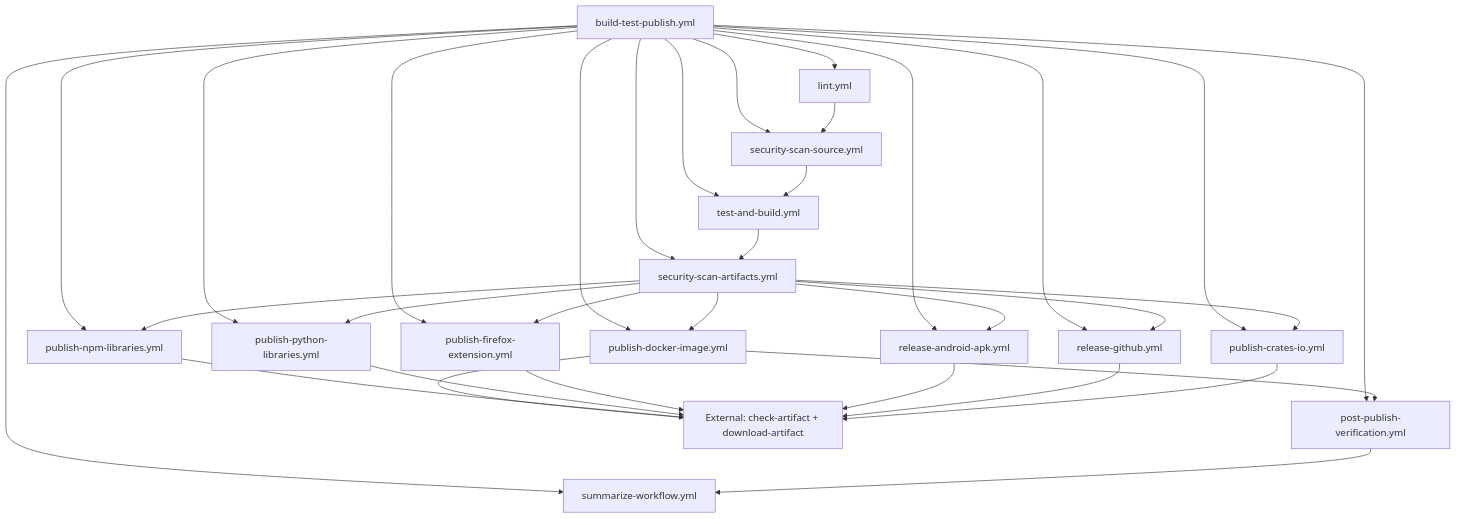
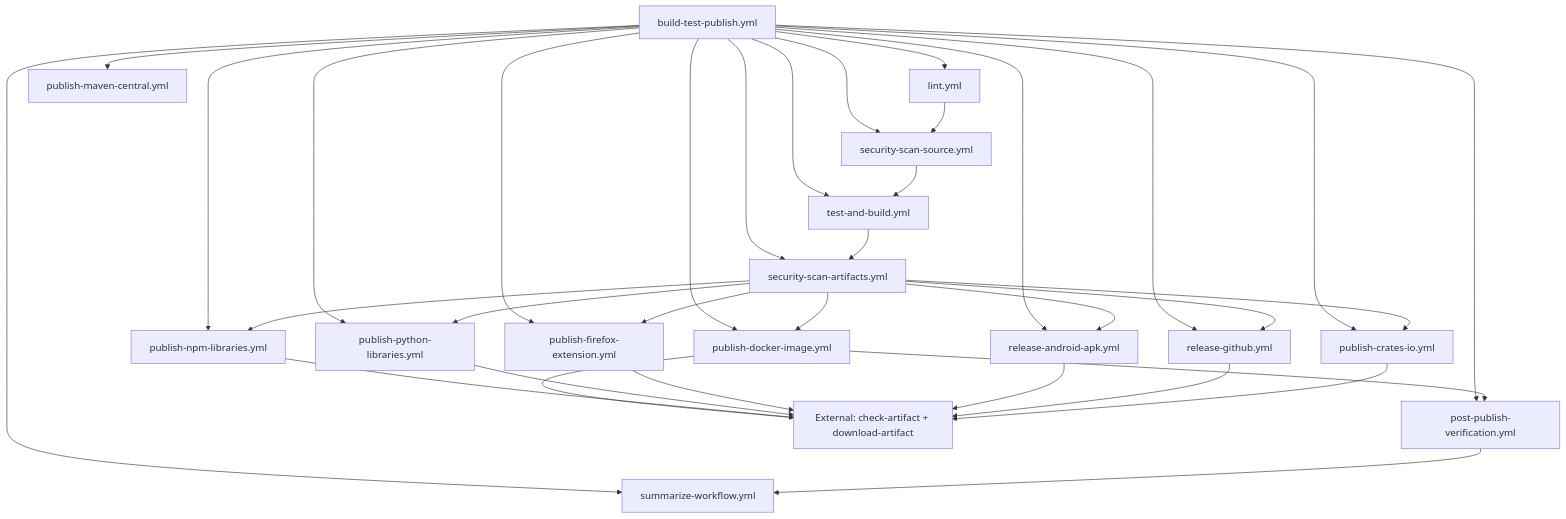
The diagram in README.md (tehw0lf/workflows), drawn with Mermaid before and after one commit. The commit also changed other lines of this file and 5 other files, not shown here.

First line of the commit message:
feat: publish Gradle projects to Maven Central (#164)

````diff
--- a/README.md
+++ b/README.md
@@ -860,37 +909,38 @@
 ```mermaid
 graph TD
     A[build-test-publish.yml] --> L[lint.yml]
     A --> M[security-scan-source.yml]
     A --> B[test-and-build.yml]
     A --> N[security-scan-artifacts.yml]
     A --> C[publish-docker-image.yml]
     A --> D[publish-npm-libraries.yml]
     A --> E[publish-python-libraries.yml]
     A --> F[publish-firefox-extension.yml]
     A --> G[release-android-apk.yml]
     A --> H[release-github.yml]
     A --> K[publish-crates-io.yml]
+    A --> P[publish-maven-central.yml]
     A --> O[post-publish-verification.yml]
     A --> J[summarize-workflow.yml]
 
     L --> M
     M --> B
     B --> N
     N --> C
     N --> D
     N --> E
     N --> F
     N --> G
     N --> H
     N --> K
     C --> O
     O --> J
 
     C --> I[External: check-artifact + download-artifact]
     D --> I
     E --> I
     F --> I
     G --> I
     H --> I
     K --> I
 ```
````
